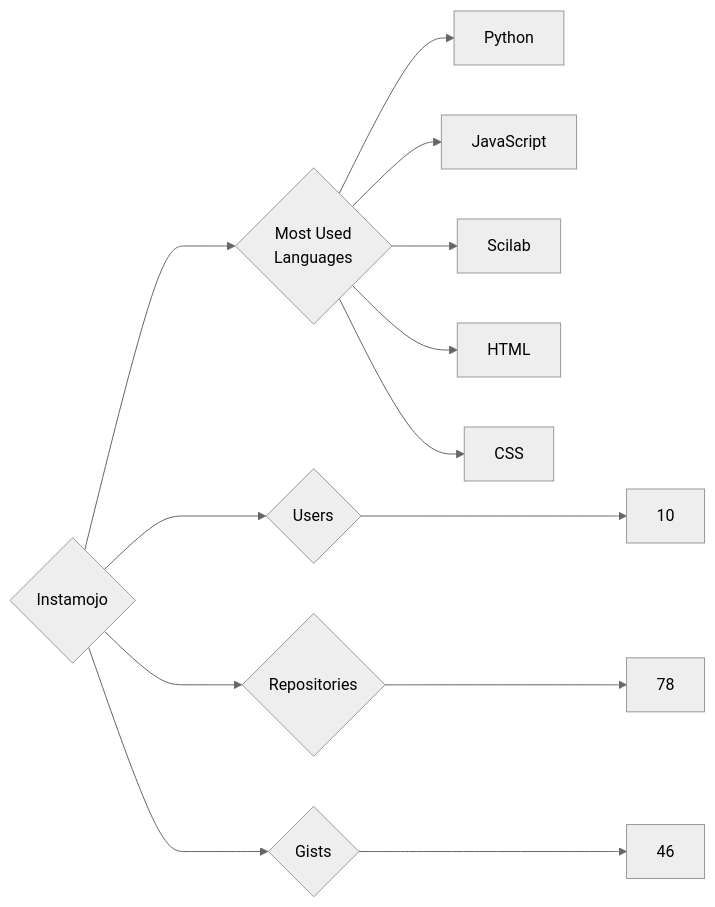
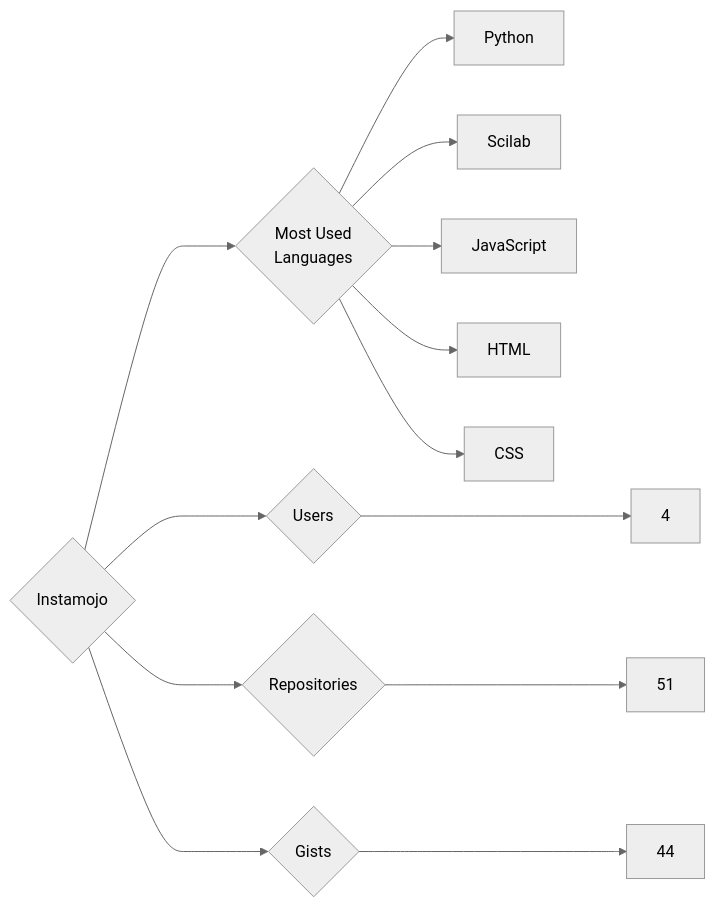
The diagram in targets/Instamojo/README.md (trickest/insiders), drawn with Mermaid (neutral theme) before and after one commit. The commit also changed 736 other files, not shown here.

````diff
--- a/targets/Instamojo/README.md
+++ b/targets/Instamojo/README.md
@@ -3,13 +3,13 @@
 ```mermaid
 graph LR
 COMPANY_NAME{Instamojo}
-COMPANY_NAME ---> U{Users} ---> UN[10]
-COMPANY_NAME ---> R{Repositories} ---> RN[78]
-COMPANY_NAME ---> G{Gists} ---> GN[46]
+COMPANY_NAME ---> U{Users} ---> UN[4]
+COMPANY_NAME ---> R{Repositories} ---> RN[51]
+COMPANY_NAME ---> G{Gists} ---> GN[44]
 COMPANY_NAME ---> ML{Most Used<br>Languages}
 ML --> Python[Python]
+ML --> Scilab[Scilab]
 ML --> JavaScript[JavaScript]
-ML --> Scilab[Scilab]
 ML --> HTML[HTML]
 ML --> CSS[CSS]
 ```
````
